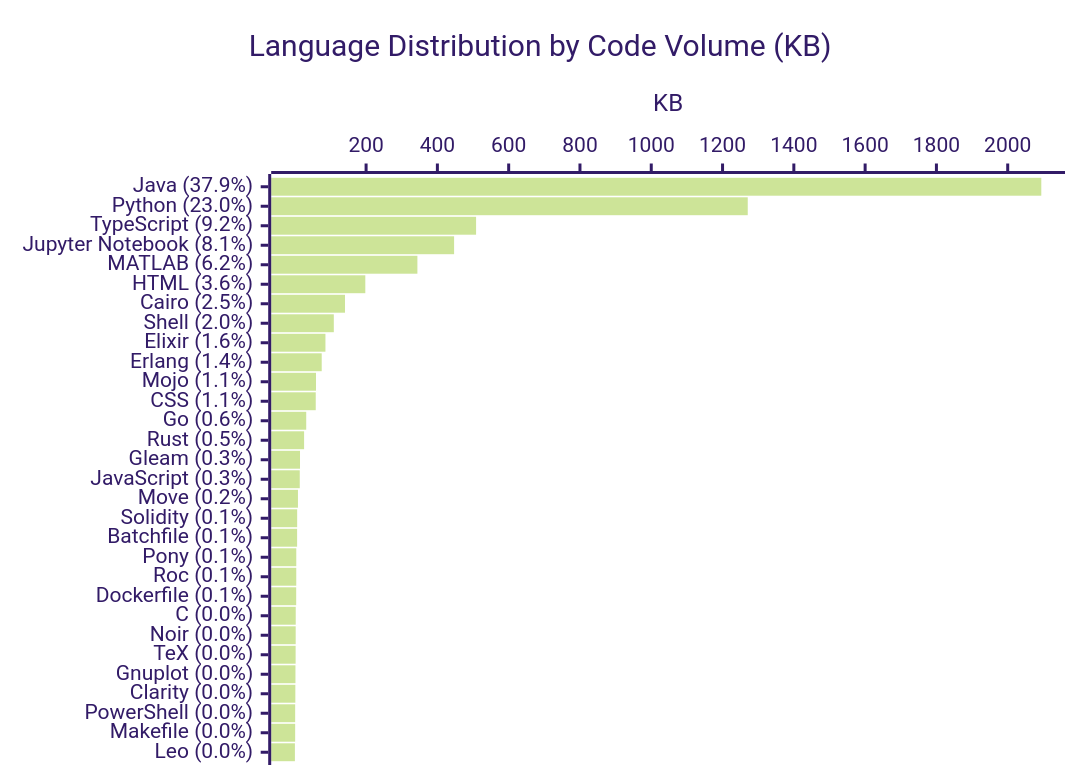
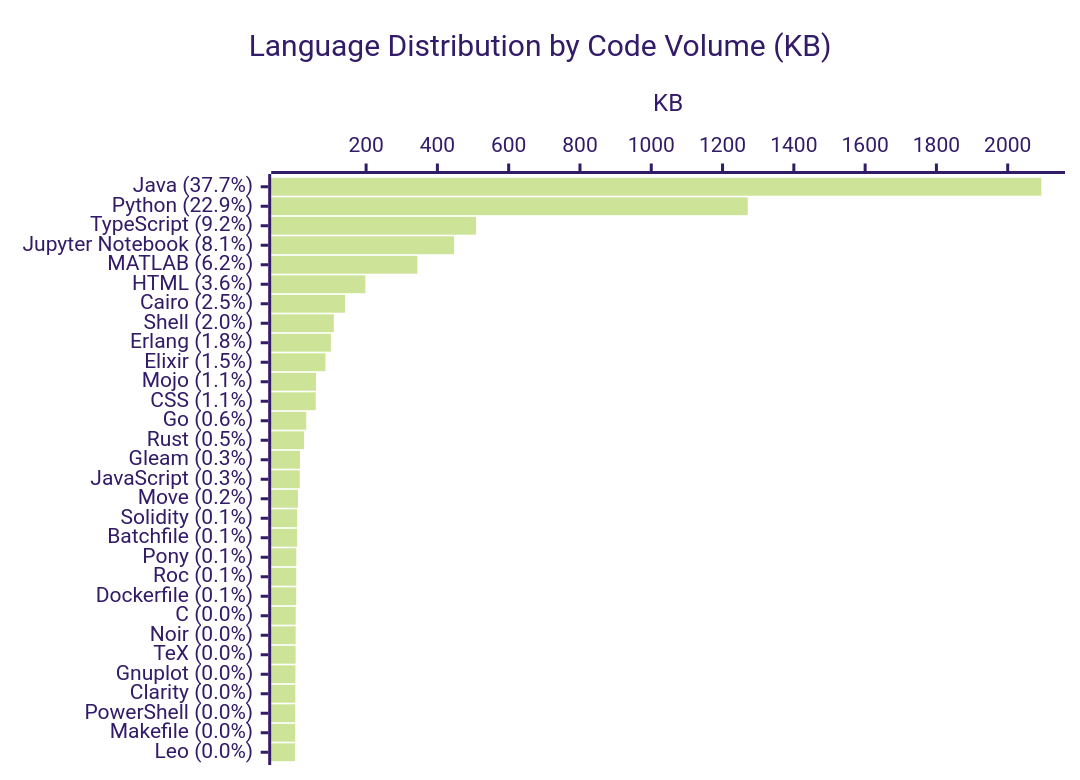
Before and after one commit to KathiraveluLab/.github: the diagram in profile/README.md, drawn with Mermaid (forest theme). The commit also changed other lines of this file and 1 other file, not shown here.

````diff
--- a/profile/README.md
+++ b/profile/README.md
@@ -64,7 +65,7 @@
 ```mermaid
 xychart-beta horizontal
     title "Language Distribution by Code Volume (KB)"
-    x-axis ["Java (37.9%)", "Python (23.0%)", "TypeScript (9.2%)", "Jupyter Notebook (8.1%)", "MATLAB (6.2%)", "HTML (3.6%)", "Cairo (2.5%)", "Shell (2.0%)", "Elixir (1.6%)", "Erlang (1.4%)", "Mojo (1.1%)", "CSS (1.1%)", "Go (0.6%)", "Rust (0.5%)", "Gleam (0.3%)", "JavaScript (0.3%)", "Move (0.2%)", "Solidity (0.1%)", "Batchfile (0.1%)", "Pony (0.1%)", "Roc (0.1%)", "Dockerfile (0.1%)", "C (0.0%)", "Noir (0.0%)", "TeX (0.0%)", "Gnuplot (0.0%)", "Clarity (0.0%)", "PowerShell (0.0%)", "Makefile (0.0%)", "Leo (0.0%)"]
+    x-axis ["Java (37.7%)", "Python (22.9%)", "TypeScript (9.2%)", "Jupyter Notebook (8.1%)", "MATLAB (6.2%)", "HTML (3.6%)", "Cairo (2.5%)", "Shell (2.0%)", "Erlang (1.8%)", "Elixir (1.5%)", "Mojo (1.1%)", "CSS (1.1%)", "Go (0.6%)", "Rust (0.5%)", "Gleam (0.3%)", "JavaScript (0.3%)", "Move (0.2%)", "Solidity (0.1%)", "Batchfile (0.1%)", "Pony (0.1%)", "Roc (0.1%)", "Dockerfile (0.1%)", "C (0.0%)", "Noir (0.0%)", "TeX (0.0%)", "Gnuplot (0.0%)", "Clarity (0.0%)", "PowerShell (0.0%)", "Makefile (0.0%)", "Leo (0.0%)"]
     y-axis "KB"
-    bar [2094.22, 1270.69, 508.57, 446.9, 343.93, 197.81, 140.83, 109.42, 85.96, 75.47, 59.44, 58.73, 32.03, 26.08, 14.6, 13.89, 8.83, 6.65, 6.48, 4.14, 4.09, 3.9, 2.58, 2.46, 2.29, 1.82, 1.53, 1.02, 0.99, 0.27]
+    bar [2094.22, 1270.69, 508.57, 446.9, 343.93, 197.81, 140.83, 109.42, 101.29, 85.96, 59.44, 58.73, 32.03, 26.08, 14.6, 13.89, 8.83, 6.65, 6.48, 4.14, 4.09, 3.9, 2.58, 2.46, 2.29, 1.82, 1.53, 1.02, 0.99, 0.27]
 ```
````
